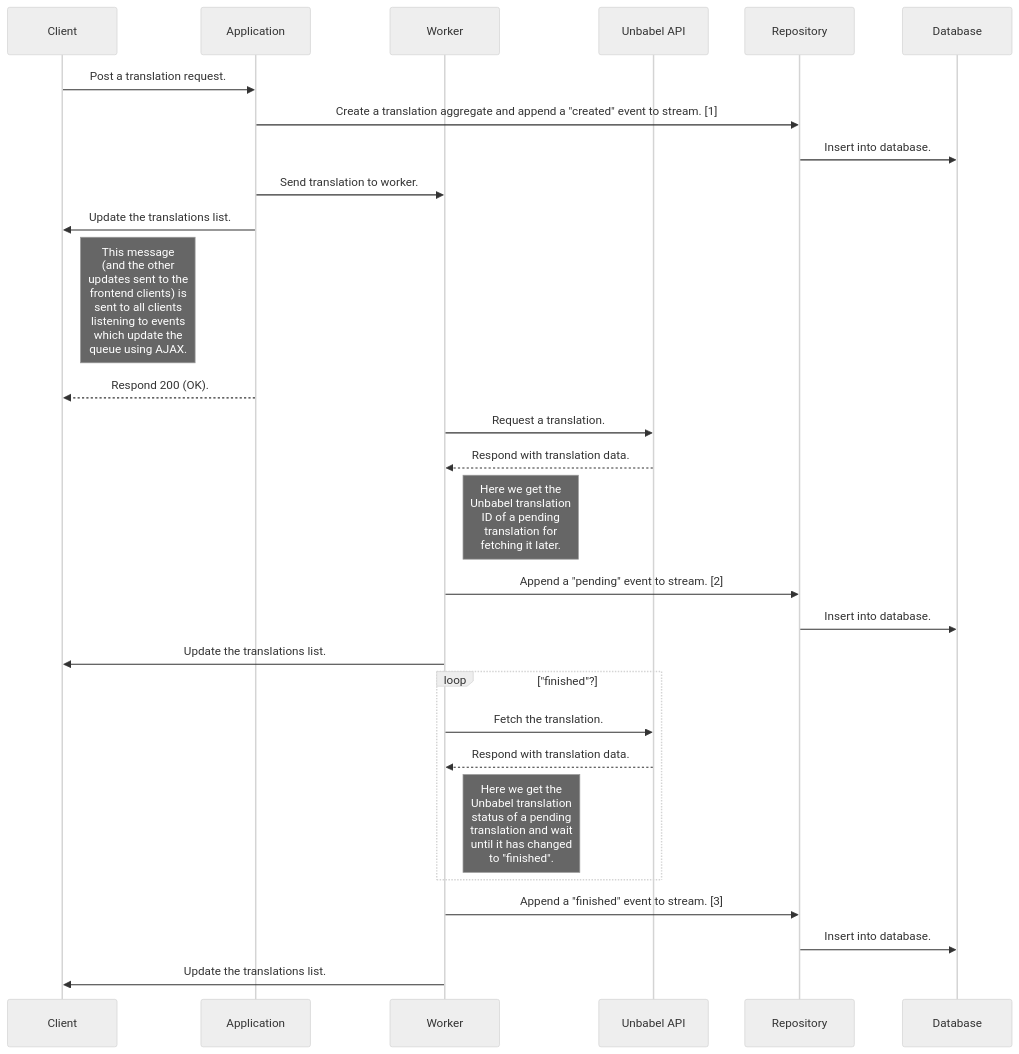
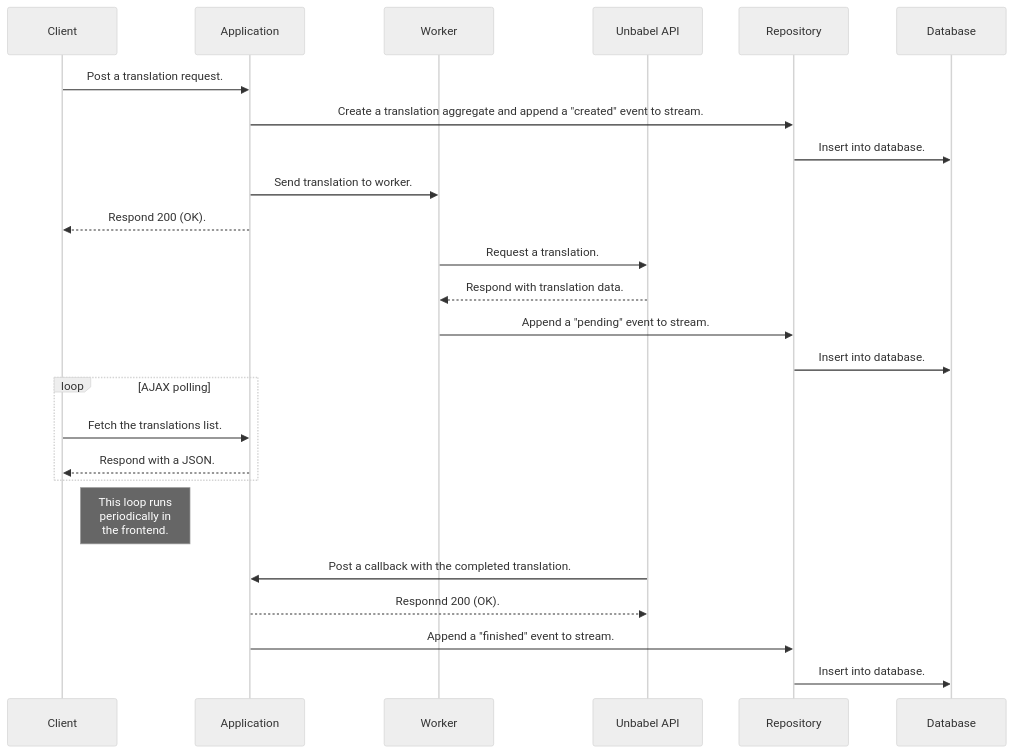
Before and after one commit to barbozav/backend-coding-challenge: the diagram in resources/sequence.mmd, drawn with Mermaid (neutral theme). The commit also changed 5 other files, not shown here.

```diff
--- a/resources/sequence.mmd
+++ b/resources/sequence.mmd
@@ -1,30 +1,34 @@
 sequenceDiagram
+    # Participantes
     participant C as Client
     participant A as Application
     participant W as Worker
     participant U as Unbabel API
     participant R as Repository
     participant D as Database
 
+    # POSTing a new translation
     C->>A: Post a translation request.
-    A->>R: Create a translation aggregate and append a "created" event to stream. [1]
+    A->>R: Create a translation aggregate and append a "created" event to stream.
     R->>D: Insert into database.
     A->>W: Send translation to worker.
-    A->>C: Update the translations list.
-Note right of C: This message <br> (and the other <br> updates sent to the <br> frontend clients) is <br>sent to all clients <br> listening to events <br> which update the <br> queue using AJAX.
     A-->>C: Respond 200 (OK).
+
+    # Requesting to Unbabel's API
     W->>U: Request a translation.
     U-->>W: Respond with translation data.
-Note right of W: Here we get the <br> Unbabel translation <br> ID of a pending <br> translation for <br> fetching it later.
-    W->>R: Append a "pending" event to stream. [2]
+    W->>R: Append a "pending" event to stream.
     R->>D: Insert into database.
-    W->>C: Update the translations list.
-    loop "finished"?
-        W->>U: Fetch the translation.
-        U-->>W: Respond with translation data.
-Note right of W: Here we get the <br> Unbabel translation <br> status of a pending <br> translation and wait <br> until it has changed <br> to "finished".
 
+    # Dynamically updating the frontend
+    loop AJAX polling
+        C->>A: Fetch the translations list.
+        A-->>C: Respond with a JSON.
     end
-    W->>R: Append a "finished" event to stream. [3]
+Note right of C: This loop runs <br> periodically in<br>the frontend.
+
+    # Finishes a translation
+    U->>A: Post a callback with the completed translation.
+    A-->>U: Responnd 200 (OK).
+    A->>R: Append a "finished" event to stream.
     R->>D: Insert into database.
-    W->>C: Update the translations list.
```
